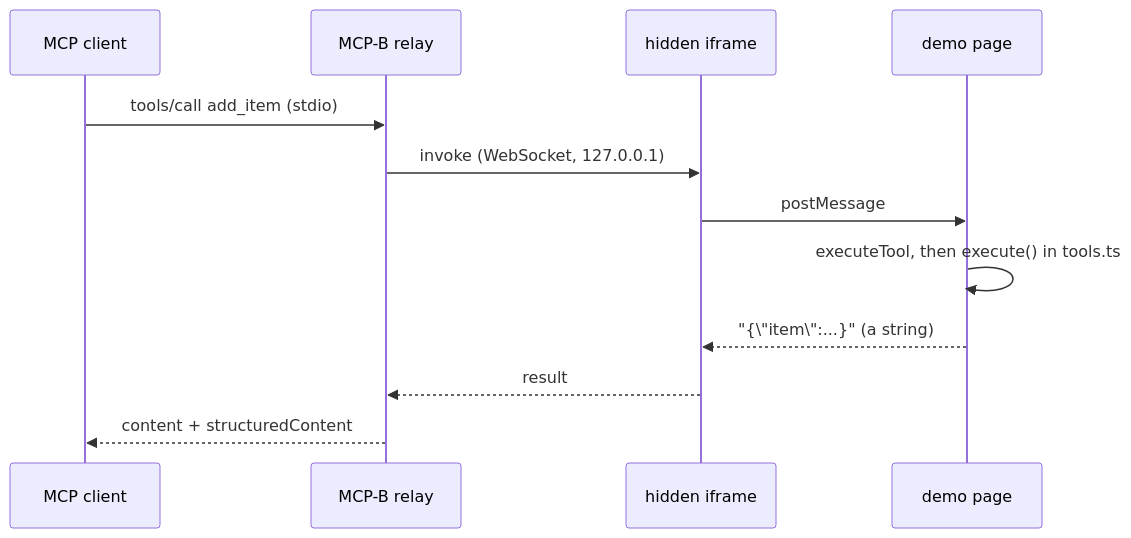
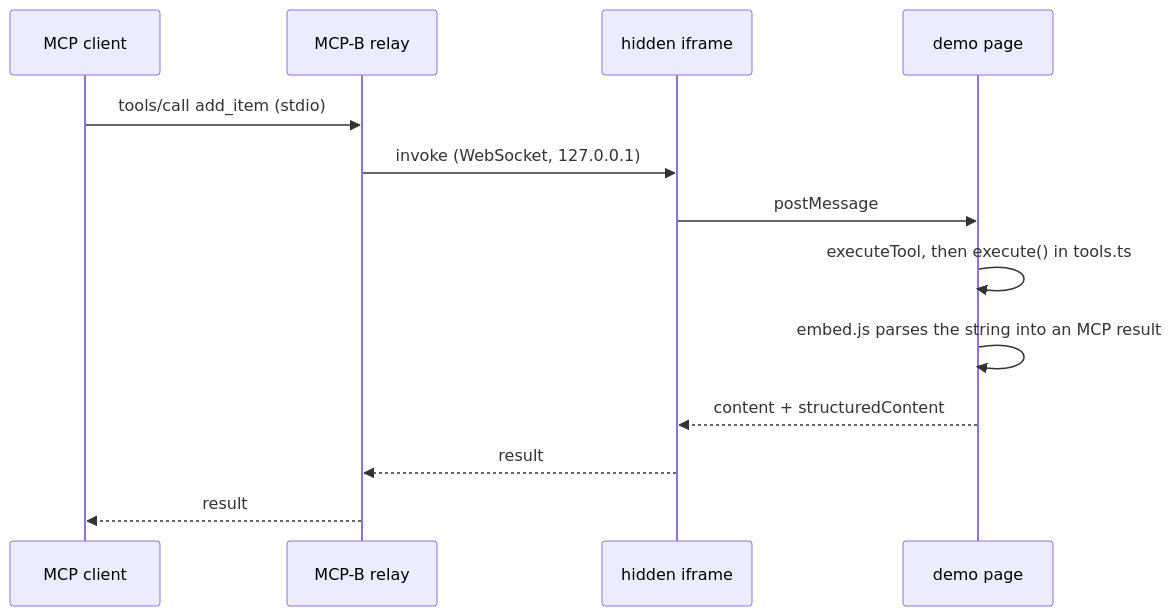
One commit to PaulMRamirez/tabdock changed the diagram in docs/tour/00-baseline.md. Above: the diagram before and after it, drawn with Mermaid. The commit also changed other lines of this file and 26 other files, not shown here.

````diff
--- a/docs/tour/00-baseline.md
+++ b/docs/tour/00-baseline.md
@@ -15,14 +15,15 @@
 ```mermaid
 sequenceDiagram
   participant C as MCP client
   participant R as MCP-B relay
   participant F as hidden iframe
   participant P as demo page
   C->>R: tools/call add_item (stdio)
   R->>F: invoke (WebSocket, 127.0.0.1)
   F->>P: postMessage
   P->>P: executeTool, then execute() in tools.ts
-  P-->>F: "{\"item\":...}" (a string)
+  P->>P: embed.js parses the string into an MCP result
+  P-->>F: content + structuredContent
   F-->>R: result
-  R-->>C: content + structuredContent
+  R-->>C: result
 ```
````
